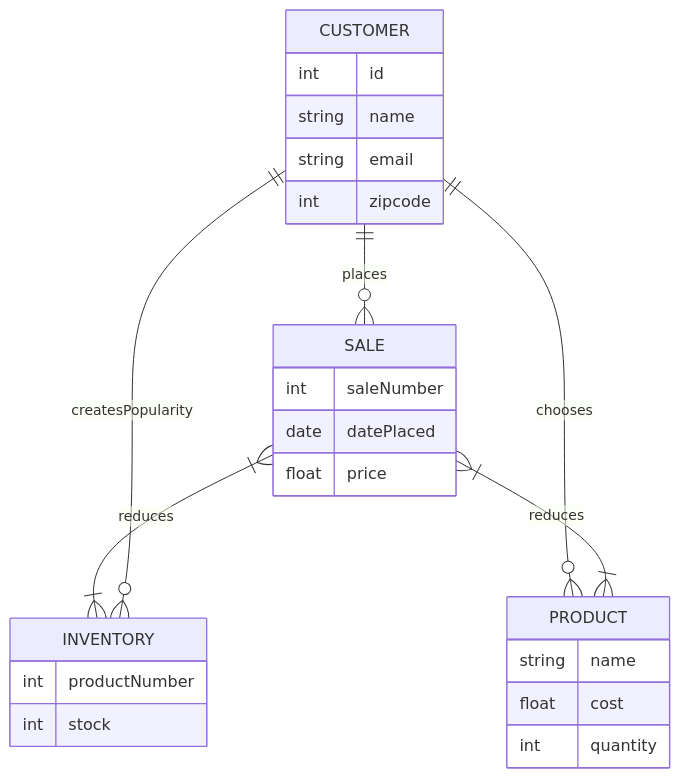
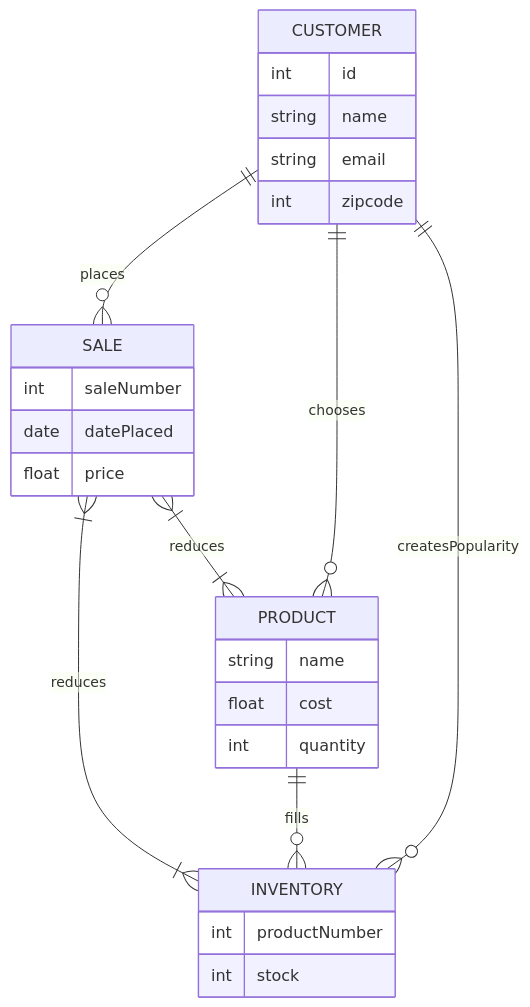
Before and after one commit to katdumpling/Mermaid-Chart: the diagram in NIKEStore_ERD.md, drawn with Mermaid.

````diff
--- a/NIKEStore_ERD.md
+++ b/NIKEStore_ERD.md
@@ -1,30 +1,31 @@
 ```mermaid
 erDiagram
 
 CUSTOMER ||--o{SALE : places
 CUSTOMER ||--o{PRODUCT : chooses
 SALE }|--|{INVENTORY : reduces
 SALE }|--|{PRODUCT : reduces
 CUSTOMER ||--o{INVENTORY : createsPopularity
+PRODUCT ||--o{INVENTORY : fills
 
 PRODUCT {
 string name
 float cost
 int quantity
 }
 CUSTOMER {
 int id
 string name
 string email
 int zipcode
 }
 SALE {
 int saleNumber
 date datePlaced
 float price
 }
 INVENTORY {
 int productNumber
 int stock
 }
 ```
````
